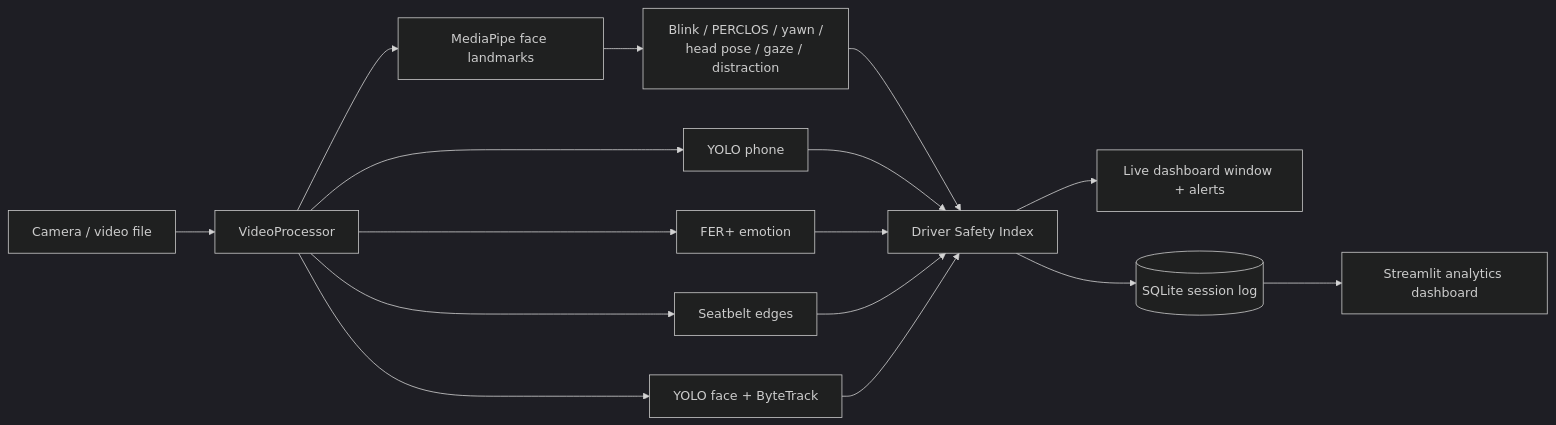
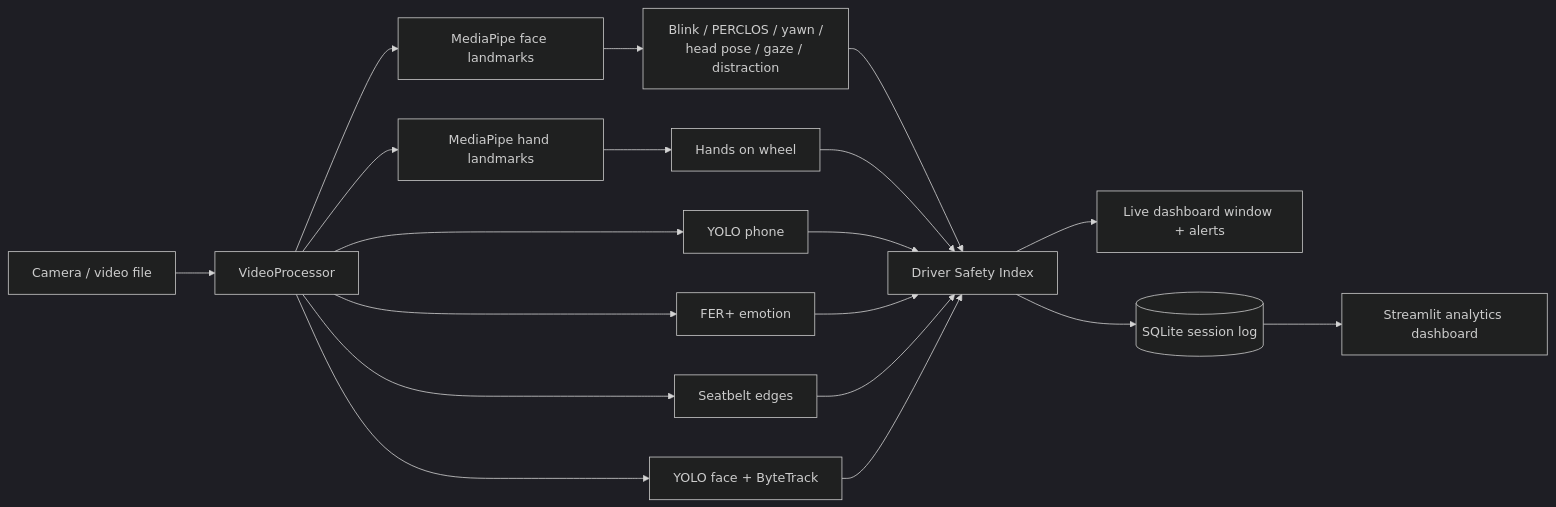
One commit to divyanshgoyal2003-cpu/driver-monitoring-dashboard changed the diagram in README.md. Above: the diagram before and after it, drawn with Mermaid (dark theme). The commit also changed other lines of this file and 11 other files, not shown here.

````diff
--- a/README.md
+++ b/README.md
@@ -28,18 +29,21 @@
 ```mermaid
 flowchart LR
     CAM[Camera / video file] --> VP[VideoProcessor]
     VP --> YOLO[YOLO face + ByteTrack]
     VP --> MP[MediaPipe face landmarks]
+    VP --> HAND[MediaPipe hand landmarks]
     VP --> OBJ[YOLO phone]
     VP --> FER[FER+ emotion]
     VP --> SB[Seatbelt edges]
     MP --> AN[Blink / PERCLOS / yawn /<br/>head pose / gaze / distraction]
     AN --> DSI[Driver Safety Index]
+    HAND --> WM[Hands on wheel]
+    WM --> DSI
     OBJ --> DSI
     FER --> DSI
     SB --> DSI
     YOLO --> DSI
     DSI --> UI[Live dashboard window + alerts]
     DSI --> DB[(SQLite session log)]
     DB --> ST[Streamlit analytics dashboard]
 ```
````
